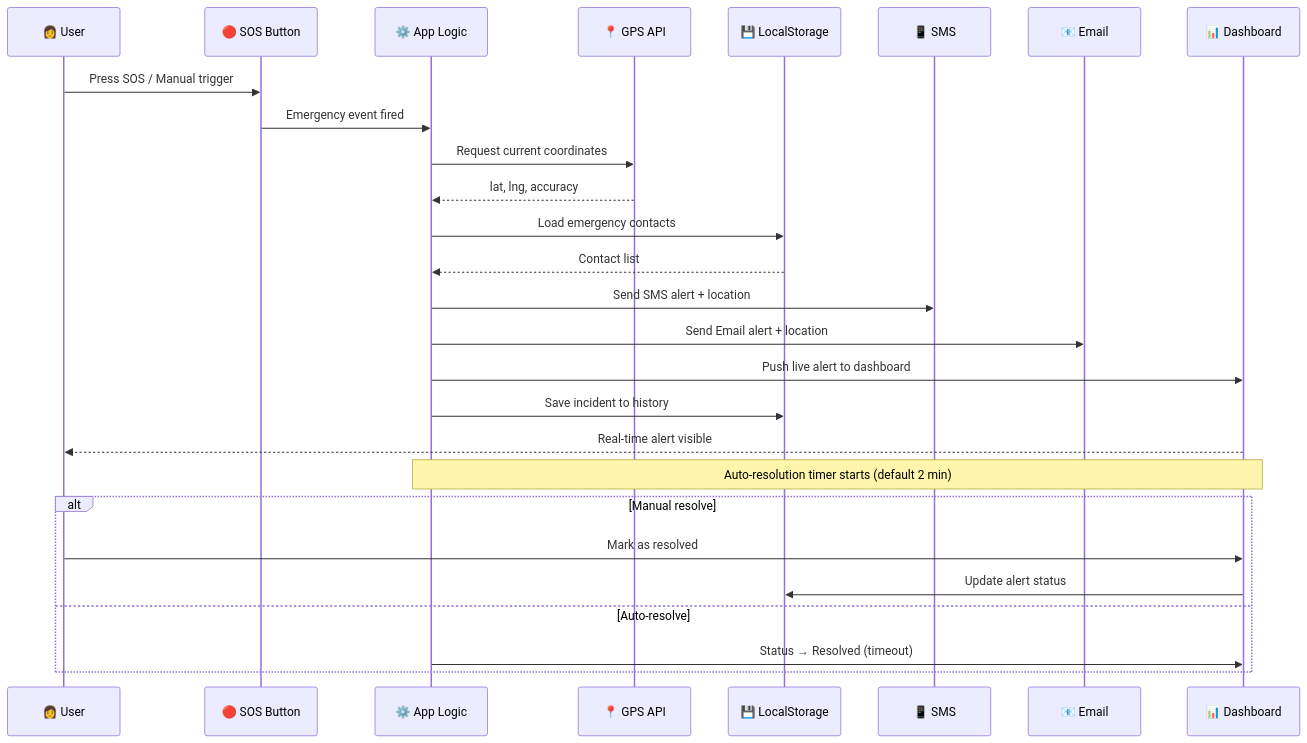
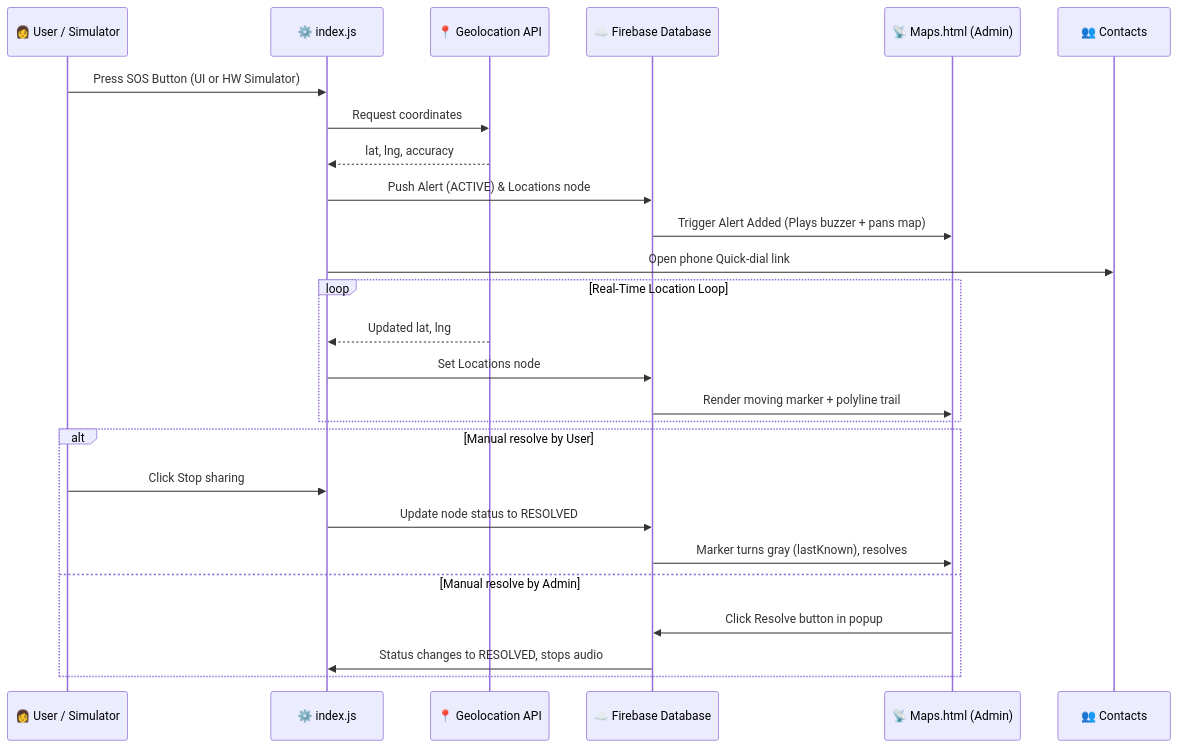
Before and after one commit to Amar1604/Safeguard: the second of 4 diagrams in README.md, drawn with Mermaid. The commit also changed other lines of this file and 7 other files, not shown here.

Commit message:
Refactor SafeGuard: Unified Auth, visual hardware simulator panel, coordinate polyline breadcrumbs, admin map alert resolution, and dark-mode styles.

````diff
--- a/README.md
+++ b/README.md
@@ -162,32 +169,31 @@
 ```mermaid
 sequenceDiagram
-    participant U as 👩 User
-    participant HW as 🔴 SOS Button
-    participant APP as ⚙️ App Logic
-    participant GPS as 📍 GPS API
-    participant LS as 💾 LocalStorage
-    participant SMS as 📱 SMS
-    participant EMAIL as 📧 Email
-    participant DASH as 📊 Dashboard
+    participant U as 👩 User / Simulator
+    participant APP as ⚙️ index.js
+    participant GPS as 📍 Geolocation API
+    participant DB as ☁️ Firebase Database
+    participant MAP as 📡 Maps.html (Admin)
+    participant C as 👥 Contacts
 
-    U->>HW: Press SOS / Manual trigger
-    HW->>APP: Emergency event fired
-    APP->>GPS: Request current coordinates
+    U->>APP: Press SOS Button (UI or HW Simulator)
+    APP->>GPS: Request coordinates
     GPS-->>APP: lat, lng, accuracy
-    APP->>LS: Load emergency contacts
-    LS-->>APP: Contact list
-    APP->>SMS: Send SMS alert + location
-    APP->>EMAIL: Send Email alert + location
-    APP->>DASH: Push live alert to dashboard
-    APP->>LS: Save incident to history
-    DASH-->>U: Real-time alert visible
+    APP->>DB: Push Alert (ACTIVE) & Locations node
+    DB->>MAP: Trigger Alert Added (Plays buzzer + pans map)
+    APP->>C: Open phone Quick-dial link
+    
+    loop Real-Time Location Loop
+        GPS-->>APP: Updated lat, lng
+        APP->>DB: Set Locations node
+        DB->>MAP: Render moving marker + polyline trail
+    end
 
-    Note over APP,DASH: Auto-resolution timer starts (default 2 min)
-
-    alt Manual resolve
-        U->>DASH: Mark as resolved
-        DASH->>LS: Update alert status
-    else Auto-resolve
-        APP->>DASH: Status → Resolved (timeout)
+    alt Manual resolve by User
+        U->>APP: Click Stop sharing
+        APP->>DB: Update node status to RESOLVED
+        DB->>MAP: Marker turns gray (lastKnown), resolves
+    else Manual resolve by Admin
+        MAP->>DB: Click Resolve button in popup
+        DB->>APP: Status changes to RESOLVED, stops audio
     end
 ```
````
